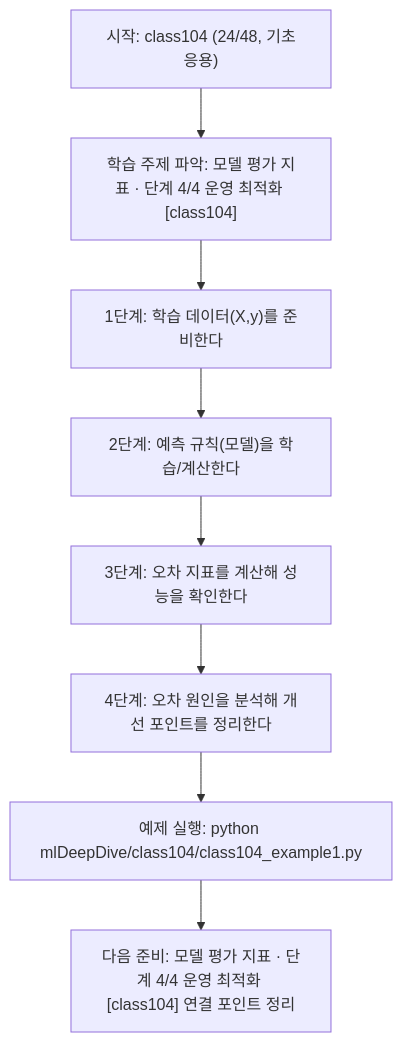
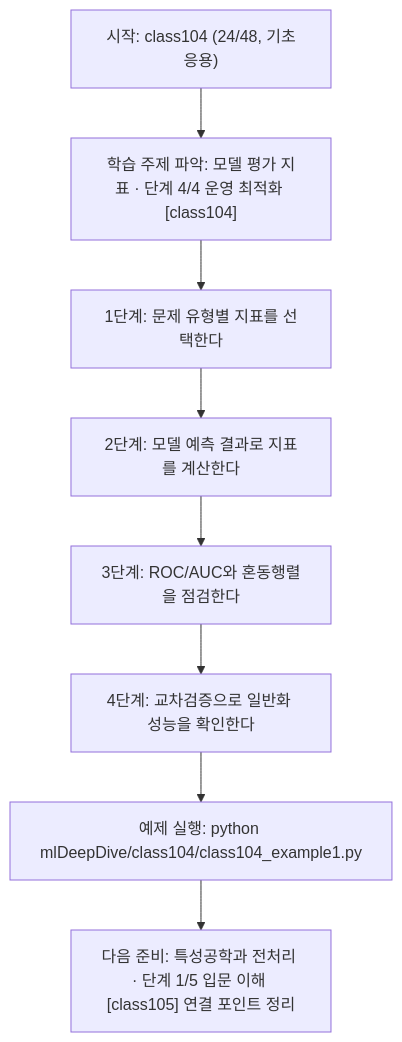
Before and after one commit to edumgt/Python-AI_Agent-Class: the diagram in mlDeepDive/class104/class104.md, drawn with Mermaid. The commit also changed other lines of this file and 338 other files, not shown here.

````diff
--- a/mlDeepDive/class104/class104.md
+++ b/mlDeepDive/class104/class104.md
@@ -110,18 +91,18 @@
 ```mermaid
 flowchart TD
 N1["시작: class104 (24/48, 기초응용)"]
 N2["학습 주제 파악: 모델 평가 지표 · 단계 4/4 운영 최적화 [class104]"]
-N3["1단계: 학습 데이터(X,y)를 준비한다"]
-N4["2단계: 예측 규칙(모델)을 학습/계산한다"]
-N5["3단계: 오차 지표를 계산해 성능을 확인한다"]
-N6["4단계: 오차 원인을 분석해 개선 포인트를 정리한다"]
+N3["1단계: 문제 유형별 지표를 선택한다"]
+N4["2단계: 모델 예측 결과로 지표를 계산한다"]
+N5["3단계: ROC/AUC와 혼동행렬을 점검한다"]
+N6["4단계: 교차검증으로 일반화 성능을 확인한다"]
 N7["예제 실행: python mlDeepDive/class104/class104_example1.py"]
-N8["다음 준비: 모델 평가 지표 · 단계 4/4 운영 최적화 [class104] 연결 포인트 정리"]
+N8["다음 준비: 특성공학과 전처리 · 단계 1/5 입문 이해 [class105] 연결 포인트 정리"]
 N1 --> N2
 N2 --> N3
 N3 --> N4
 N4 --> N5
 N5 --> N6
 N6 --> N7
 N7 --> N8
 ```
````
